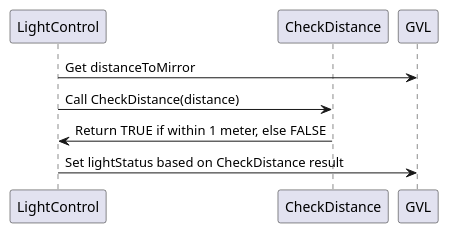
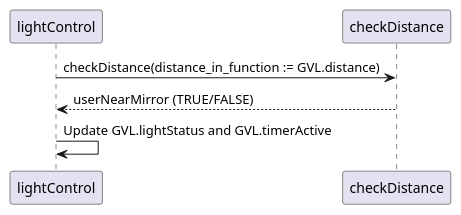
One commit to xinhailing/Individual_Sequence_Diagram_Yaya changed the diagram in src/chapter_4.md. Above: the diagram before and after it, drawn with PlantUML. The commit also changed other lines of this file and 3 other files, not shown here.

Commit message:
Update all diagrams base on the newest code

````diff
--- a/src/chapter_4.md
+++ b/src/chapter_4.md
@@ -2,15 +2,14 @@
 ```plantuml
 @startuml
-participant LightControl
-participant CheckDistance
-participant GVL
+participant lightControl
+participant checkDistance
 
-LightControl -> GVL: Get distanceToMirror
-LightControl -> CheckDistance: Call CheckDistance(distance)
-CheckDistance -> LightControl: Return TRUE if within 1 meter, else FALSE
+lightControl -> checkDistance : checkDistance(distance_in_function := GVL.distance)
+checkDistance --> lightControl : userNearMirror (TRUE/FALSE)
 
-LightControl -> GVL: Set lightStatus based on CheckDistance result
+lightControl -> lightControl : Update GVL.lightStatus and GVL.timerActive
+
 @enduml
 
 
 ```
````
